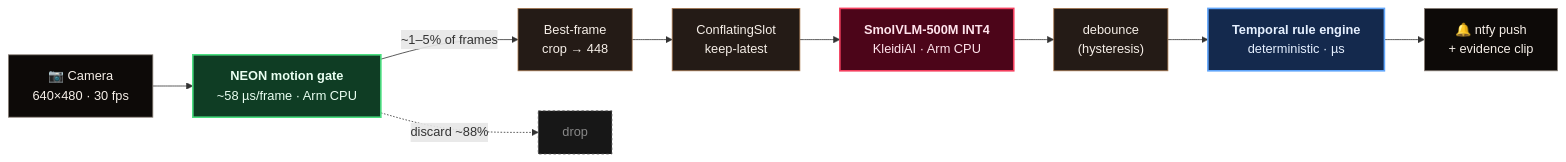
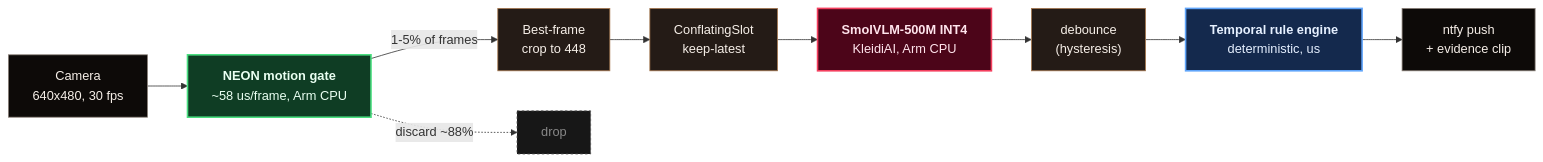
One commit to hungtruongOwolf/nightjar changed the first of 5 diagrams in README.md. Above: the diagram before and after it, drawn with Mermaid. The commit also changed other lines of this file and 96 other files, not shown here.

````diff
--- a/README.md
+++ b/README.md
@@ -30,17 +33,17 @@
 ```mermaid
 flowchart LR
-  cam["📷 Camera<br/>640×480 · 30 fps"]:::io --> gate["<b>NEON motion gate</b><br/>~58 µs/frame · Arm CPU"]:::cheap
-  gate -->|"~1–5% of frames"| best["Best-frame<br/>crop → 448"]:::mid
+  cam["Camera<br/>640x480, 30 fps"]:::io --> gate["<b>NEON motion gate</b><br/>~58 us/frame, Arm CPU"]:::cheap
+  gate -->|"1-5% of frames"| best["Best-frame<br/>crop to 448"]:::mid
   best --> slot["ConflatingSlot<br/>keep-latest"]:::mid
-  slot --> vlm["<b>SmolVLM-500M INT4</b><br/>KleidiAI · Arm CPU"]:::hot
+  slot --> vlm["<b>SmolVLM-500M INT4</b><br/>KleidiAI, Arm CPU"]:::hot
   vlm --> deb["debounce<br/>(hysteresis)"]:::mid
-  deb --> fsm["<b>Temporal rule engine</b><br/>deterministic · µs"]:::brain
-  fsm --> alert["🔔 ntfy push<br/>+ evidence clip"]:::io
+  deb --> fsm["<b>Temporal rule engine</b><br/>deterministic, us"]:::brain
+  fsm --> alert["ntfy push<br/>+ evidence clip"]:::io
   gate -.->|"discard ~88%"| x["drop"]:::drop
   classDef cheap fill:#0f3d24,stroke:#4ade80,color:#eafff2,stroke-width:2px;
   classDef hot fill:#4c0519,stroke:#f43f5e,color:#ffe4ec,stroke-width:2px;
   classDef mid fill:#241b16,stroke:#a8794f,color:#f6efe8;
   classDef brain fill:#14294d,stroke:#60a5fa,color:#e6f0ff,stroke-width:2px;
   classDef io fill:#0d0a08,stroke:#8a8078,color:#f6efe8;
   classDef drop fill:#171717,stroke:#555,color:#888,stroke-dasharray:3 3;
 ```
````
